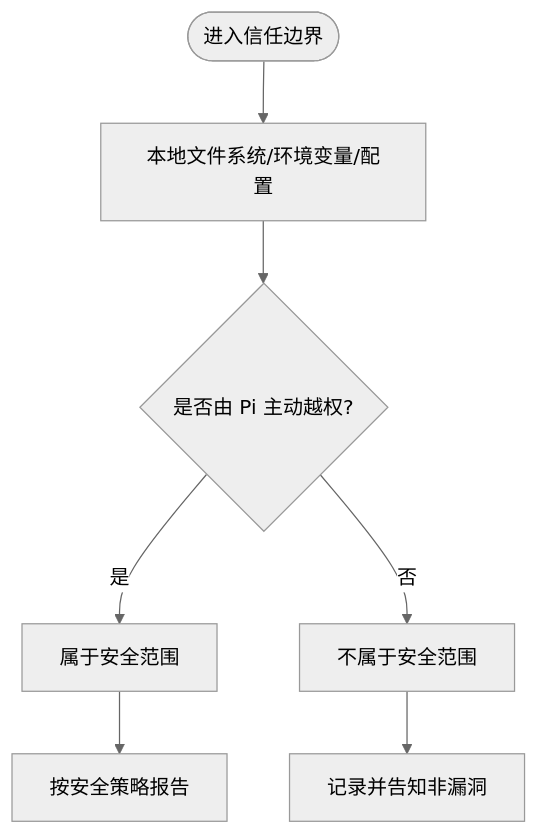
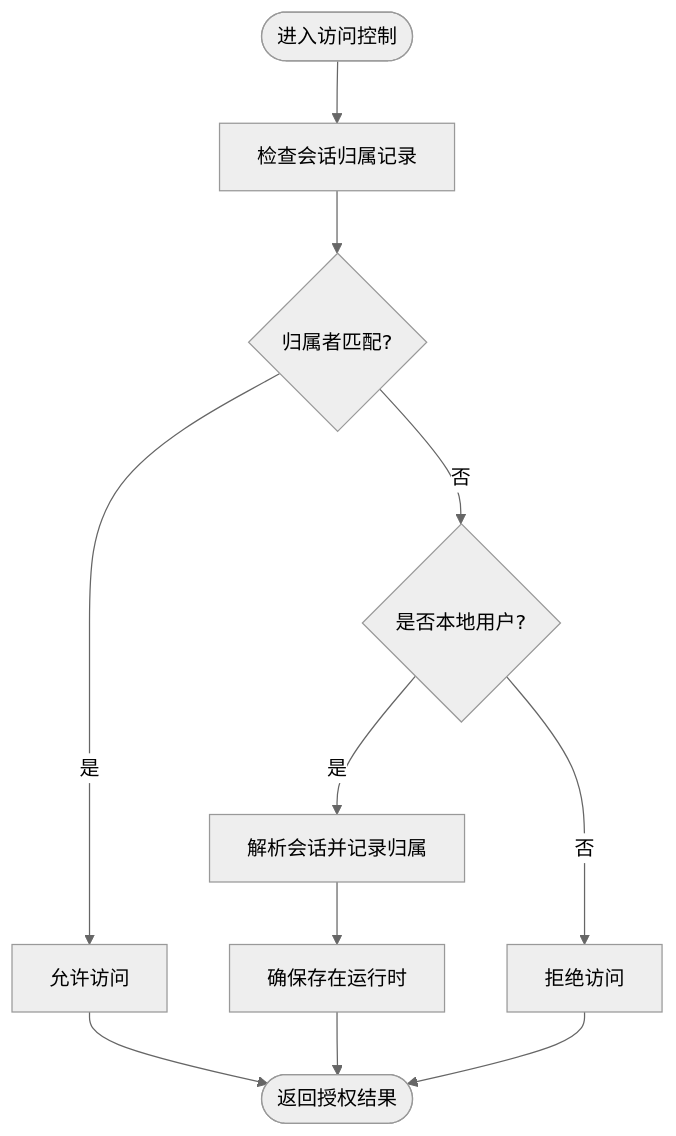
One commit to FDE-GROUP/oh-my-coding-agent changed the third of 6 diagrams in .qoder/repowiki/zh/content/部署与运维/安全加固.md. Above: the diagram before and after it, drawn with Mermaid (neutral theme). The commit also changed other lines of this file and 410 other files, not shown here.

````diff
--- a/.qoder/repowiki/zh/content/部署与运维/安全加固.md
+++ b/.qoder/repowiki/zh/content/部署与运维/安全加固.md
@@ -156,9 +123,13 @@
 ```mermaid
 flowchart TD
-Start(["进入信任边界"]) --> LocalFS["本地文件系统/环境变量/配置"]
-LocalFS --> TrustBoundary{"是否由 Pi 主动越权?"}
-TrustBoundary --> |是| InScope["属于安全范围"]
-TrustBoundary --> |否| OutOfScope["不属于安全范围"]
-InScope --> Report["按安全策略报告"]
-OutOfScope --> Document["记录并告知非漏洞"]
+Start(["进入访问控制"]) --> CheckOwner["检查会话归属记录"]
+CheckOwner --> OwnerMatch{"归属者匹配?"}
+OwnerMatch --> |是| Allow["允许访问"]
+OwnerMatch --> |否| IsLocal{"是否本地用户?"}
+IsLocal --> |是| Resolve["解析会话并记录归属"]
+IsLocal --> |否| Deny["拒绝访问"]
+Resolve --> EnsureRuntime["确保存在运行时"]
+EnsureRuntime --> End(["返回授权结果"])
+Allow --> End
+Deny --> End
 ```
````
